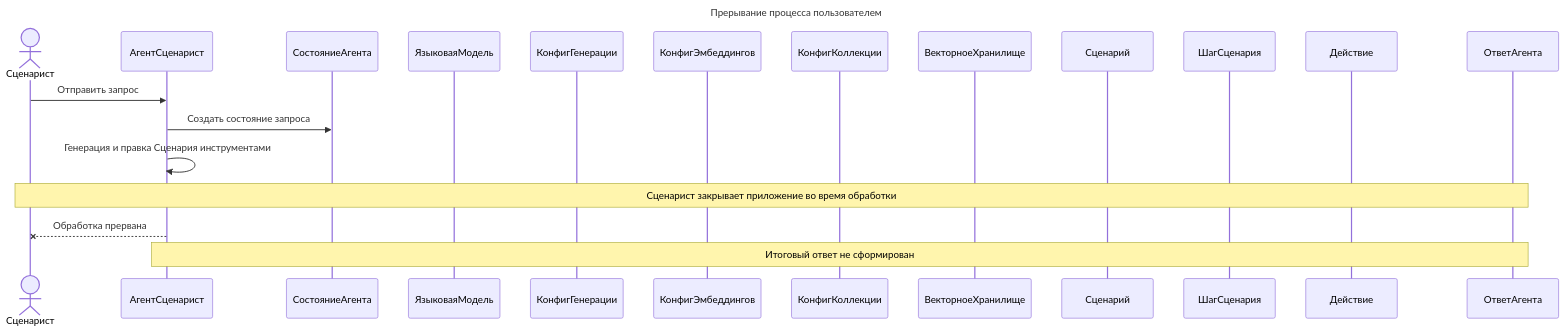
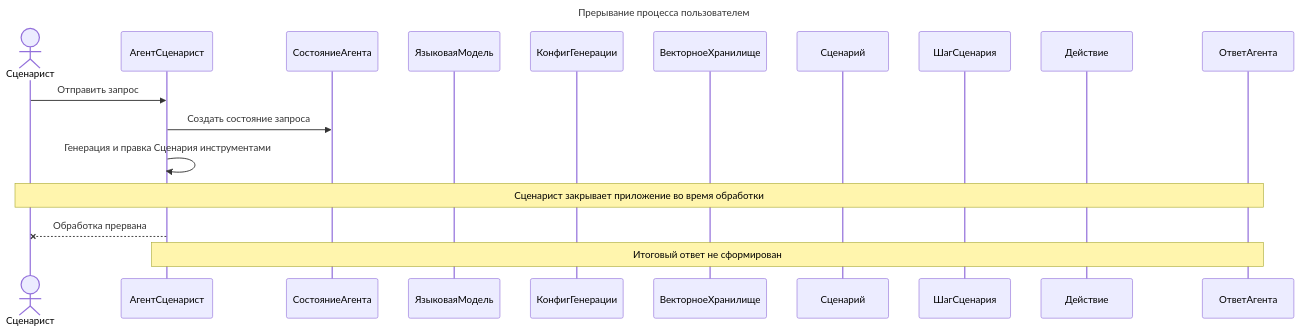
The third of 3 diagrams in Пакет Обработка эмбеддингов/2. Диаграмма последовательностей взаимодействия объектов классов пакета.md (CHSU-scenarAIst/diagrammy), drawn with Mermaid before and after one commit. The commit also changed other lines of this file and 3 other files, not shown here.

````diff
--- a/Пакет Обработка эмбеддингов/2. Диаграмма последовательностей взаимодействия объектов классов пакета.md
+++ b/Пакет Обработка эмбеддингов/2. Диаграмма последовательностей взаимодействия объектов классов пакета.md
@@ -81,25 +73,23 @@
 ```mermaid
 ---
 title: Прерывание процесса пользователем
 ---
 sequenceDiagram
     actor Сценарист
     participant АгентСценарист
     participant СостояниеАгента
     participant ЯзыковаяМодель
     participant КонфигГенерации
-    participant КонфигЭмбеддингов
-    participant КонфигКоллекции
     participant ВекторноеХранилище
     participant Сценарий
     participant ШагСценария
     participant Действие
     participant ОтветАгента
 
     Сценарист->>АгентСценарист: Отправить запрос
     АгентСценарист->>СостояниеАгента: Создать состояние запроса
     АгентСценарист->>АгентСценарист: Генерация и правка Сценария инструментами
     Note over Сценарист,ОтветАгента: Сценарист закрывает приложение во время обработки
     АгентСценарист--xСценарист: Обработка прервана
     Note over АгентСценарист,ОтветАгента: Итоговый ответ не сформирован
 ```
````
